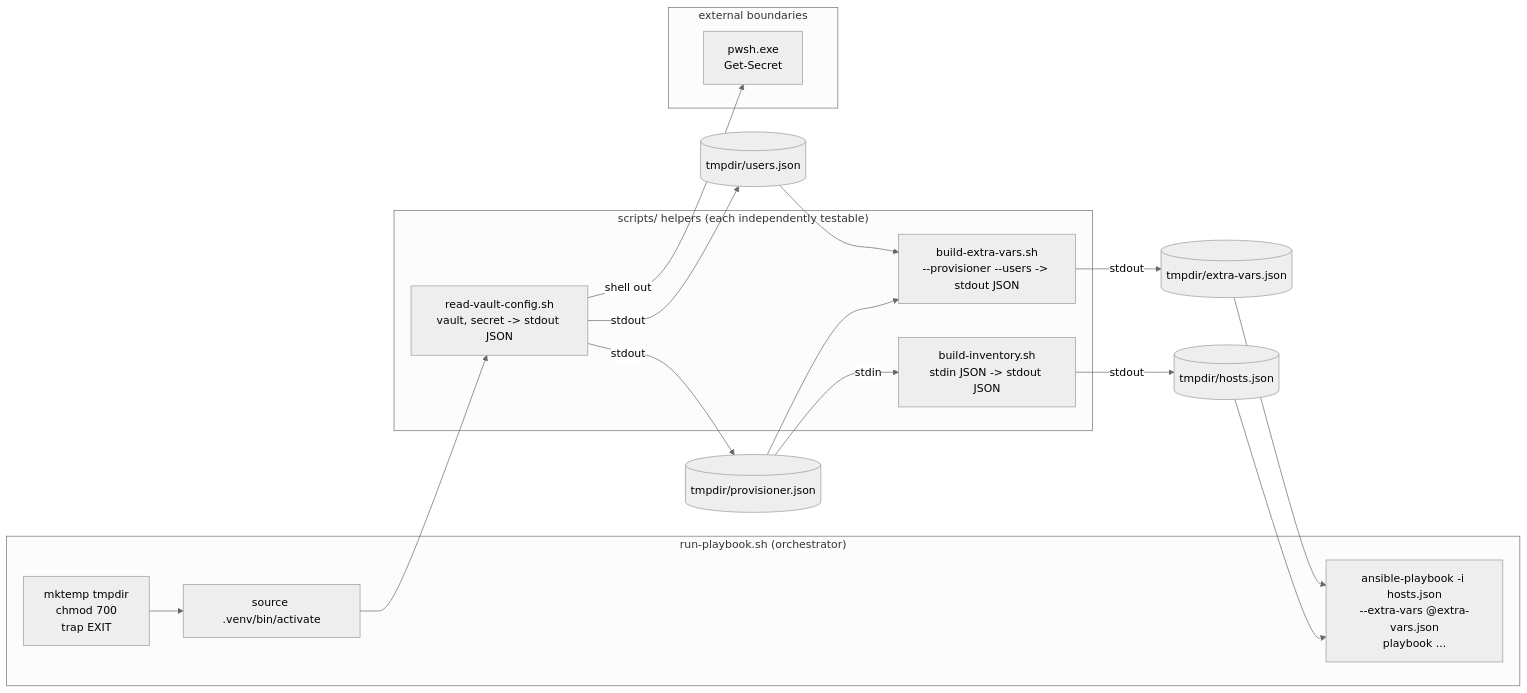
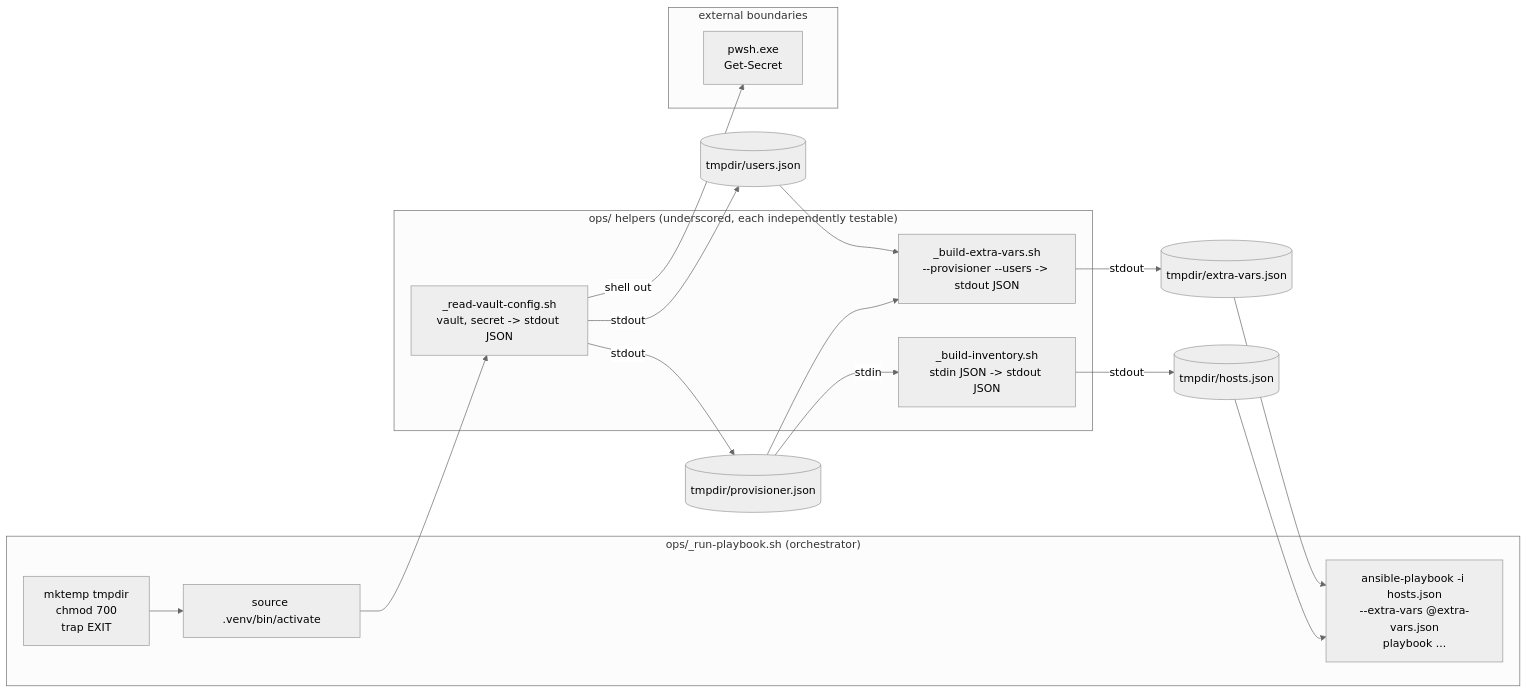
Before and after one commit to Klark-Morrigan/Infrastructure-Vm-Ansible: the first of 5 diagrams in docs/dev/implementation/02-groups-users-sudoers-creation/plan.md, drawn with Mermaid (neutral theme). The commit also changed other lines of this file, not shown here.

````diff
--- a/docs/dev/implementation/02-groups-users-sudoers-creation/plan.md
+++ b/docs/dev/implementation/02-groups-users-sudoers-creation/plan.md
@@ -265,33 +287,33 @@
 ```mermaid
 flowchart LR
-    subgraph orch ["run-playbook.sh (orchestrator)"]
+    subgraph orch ["ops/_run-playbook.sh (orchestrator)"]
         TD[mktemp tmpdir<br/>chmod 700<br/>trap EXIT]
         VENV[source .venv/bin/activate]
         AP[ansible-playbook -i hosts.json<br/>--extra-vars @extra-vars.json<br/>playbook ...]
     end
 
-    subgraph helpers ["scripts/ helpers (each independently testable)"]
-        RV[read-vault-config.sh<br/>vault, secret -> stdout JSON]
-        BI[build-inventory.sh<br/>stdin JSON -> stdout JSON]
-        BE[build-extra-vars.sh<br/>--provisioner --users -> stdout JSON]
+    subgraph helpers ["ops/ helpers (underscored, each independently testable)"]
+        RV[_read-vault-config.sh<br/>vault, secret -> stdout JSON]
+        BI[_build-inventory.sh<br/>stdin JSON -> stdout JSON]
+        BE[_build-extra-vars.sh<br/>--provisioner --users -> stdout JSON]
     end
 
     subgraph ext ["external boundaries"]
         PWSH["pwsh.exe<br/>Get-Secret"]
     end
 
     TD --> VENV --> RV
     RV -- stdout --> P[(tmpdir/provisioner.json)]
     RV -- stdout --> U[(tmpdir/users.json)]
     RV -- shell out --> PWSH
 
     P -- stdin --> BI
     BI -- stdout --> H[(tmpdir/hosts.json)]
 
     P --> BE
     U --> BE
     BE -- stdout --> X[(tmpdir/extra-vars.json)]
 
     H --> AP
     X --> AP
 ```
````
